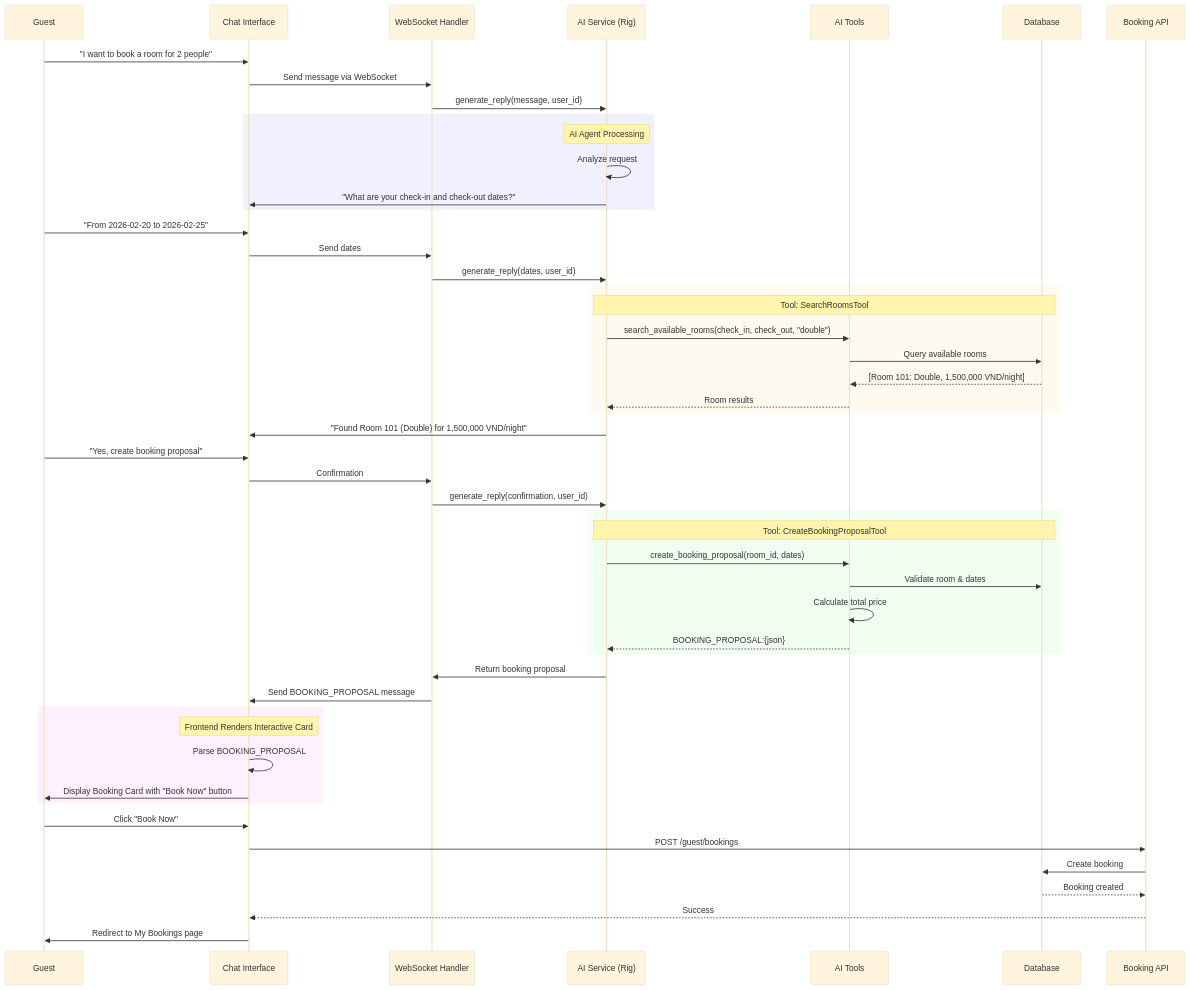
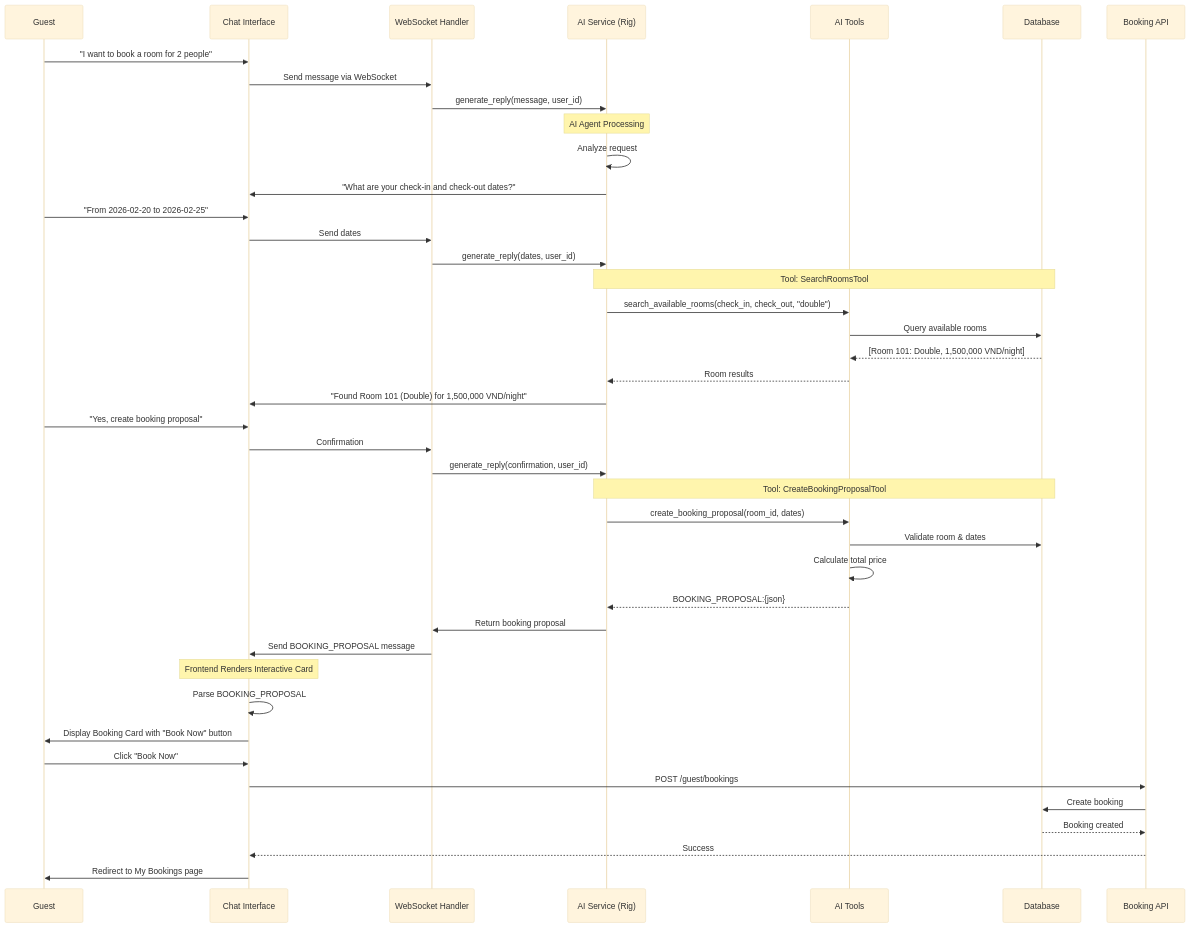
Before and after one commit to baohuyhuy/pupinn: the seventh of 16 diagrams in data-flow.md, drawn with Mermaid (base theme). The commit also changed other lines of this file, not shown here.

Commit message:
Refactor sequence diagrams for clarity

````diff
--- a/data-flow.md
+++ b/data-flow.md
@@ -223,61 +215,53 @@
 ```mermaid
 sequenceDiagram
     participant G as Guest
     participant UI as Chat Interface
     participant WS as WebSocket Handler
     participant AI as AI Service (Rig)
     participant Tools as AI Tools
     participant DB as Database
     participant BookAPI as Booking API
     
     G->>UI: "I want to book a room for 2 people"
     UI->>WS: Send message via WebSocket
     WS->>AI: generate_reply(message, user_id)
     
-    rect rgb(240, 240, 255)
-        Note over AI: AI Agent Processing
-        AI->>AI: Analyze request
-        AI->>UI: "What are your check-in and check-out dates?"
-    end
+    Note over AI: AI Agent Processing
+    AI->>AI: Analyze request
+    AI->>UI: "What are your check-in and check-out dates?"
     
     G->>UI: "From 2026-02-20 to 2026-02-25"
     UI->>WS: Send dates
     WS->>AI: generate_reply(dates, user_id)
     
-    rect rgb(255, 250, 240)
-        Note over AI,DB: Tool: SearchRoomsTool
-        AI->>Tools: search_available_rooms(check_in, check_out, "double")
-        Tools->>DB: Query available rooms
-        DB-->>Tools: [Room 101: Double, 1,500,000 VND/night]
-        Tools-->>AI: Room results
-    end
+    Note over AI,DB: Tool: SearchRoomsTool
+    AI->>Tools: search_available_rooms(check_in, check_out, "double")
+    Tools->>DB: Query available rooms
+    DB-->>Tools: [Room 101: Double, 1,500,000 VND/night]
+    Tools-->>AI: Room results
     
     AI->>UI: "Found Room 101 (Double) for 1,500,000 VND/night"
     G->>UI: "Yes, create booking proposal"
     UI->>WS: Confirmation
     WS->>AI: generate_reply(confirmation, user_id)
     
-    rect rgb(240, 255, 240)
-        Note over AI,DB: Tool: CreateBookingProposalTool
-        AI->>Tools: create_booking_proposal(room_id, dates)
-        Tools->>DB: Validate room & dates
-        Tools->>Tools: Calculate total price
-        Tools-->>AI: BOOKING_PROPOSAL:{json}
-    end
+    Note over AI,DB: Tool: CreateBookingProposalTool
+    AI->>Tools: create_booking_proposal(room_id, dates)
+    Tools->>DB: Validate room & dates
+    Tools->>Tools: Calculate total price
+    Tools-->>AI: BOOKING_PROPOSAL:{json}
     
     AI->>WS: Return booking proposal
     WS->>UI: Send BOOKING_PROPOSAL message
     
-    rect rgb(255, 240, 255)
-        Note over UI: Frontend Renders Interactive Card
-        UI->>UI: Parse BOOKING_PROPOSAL
-        UI->>G: Display Booking Card with "Book Now" button
-    end
+    Note over UI: Frontend Renders Interactive Card
+    UI->>UI: Parse BOOKING_PROPOSAL
+    UI->>G: Display Booking Card with "Book Now" button
     
     G->>UI: Click "Book Now"
     UI->>BookAPI: POST /guest/bookings
     BookAPI->>DB: Create booking
     DB-->>BookAPI: Booking created
     BookAPI-->>UI: Success
     UI->>G: Redirect to My Bookings page
 ```
````
